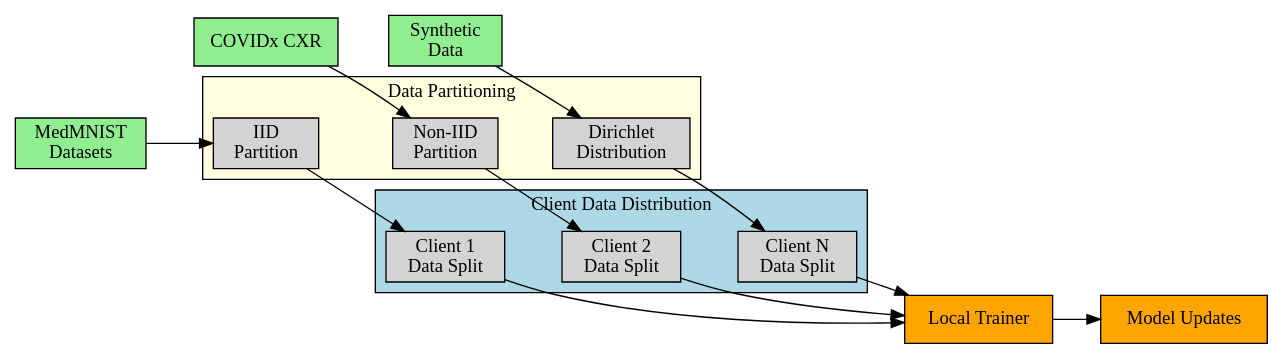
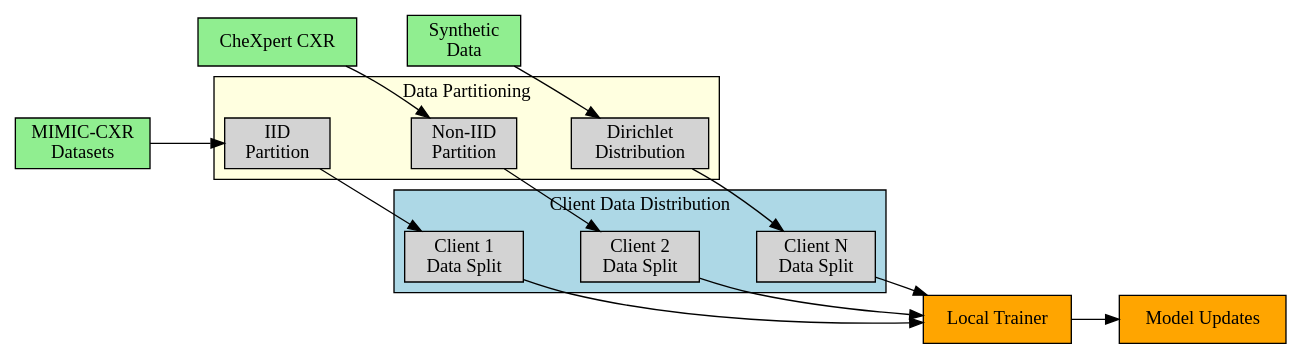
One commit to skye-cyber/ARCH-FL changed the diagram in assets/diagrams/data_flow.dot. Above: the diagram before and after it, drawn with Graphviz. The commit also changed 6 other files, not shown here.

```diff
--- a/assets/diagrams/data_flow.dot
+++ b/assets/diagrams/data_flow.dot
@@ -1,55 +1,55 @@
 digraph DataFlow {
     rankdir=LR;
     node [shape=box, style=filled];
 
     // Data sources
-    MedMNIST [label="MedMNIST\nDatasets", fillcolor=lightgreen];
-    COVIDx [label="COVIDx CXR", fillcolor=lightgreen];
+    MIMIC_CXR [label="MIMIC-CXR\nDatasets", fillcolor=lightgreen];
+    CheXpert [label="CheXpert CXR", fillcolor=lightgreen];
     Synthetic [label="Synthetic\nData", fillcolor=lightgreen];
 
     // Partitioning
     subgraph cluster_partitioning {
         label="Data Partitioning";
         style=filled;
         fillcolor=lightyellow;
 
         IID [label="IID\nPartition"];
         NonIID [label="Non-IID\nPartition"];
         Dirichlet [label="Dirichlet\nDistribution"];
 
         IID -> NonIID [style=invis];
         NonIID -> Dirichlet [style=invis];
     }
 
     // Clients
     subgraph cluster_clients {
         label="Client Data Distribution";
         style=filled;
         fillcolor=lightblue;
 
         ClientData1 [label="Client 1\nData Split"];
         ClientData2 [label="Client 2\nData Split"];
         ClientDataN [label="Client N\nData Split"];
 
         ClientData1 -> ClientData2 -> ClientDataN [style=invis];
     }
 
     // Training
     LocalTrainer [label="Local Trainer", fillcolor=orange];
     ModelUpdates [label="Model Updates", fillcolor=orange];
 
     // Flow
-    MedMNIST -> IID;
-    COVIDx -> NonIID;
+    MIMIC_CXR -> IID;
+    CheXpert -> NonIID;
     Synthetic -> Dirichlet;
 
     IID -> ClientData1;
     NonIID -> ClientData2;
     Dirichlet -> ClientDataN;
 
     ClientData1 -> LocalTrainer;
     ClientData2 -> LocalTrainer;
     ClientDataN -> LocalTrainer;
 
     LocalTrainer -> ModelUpdates;
 }
```
